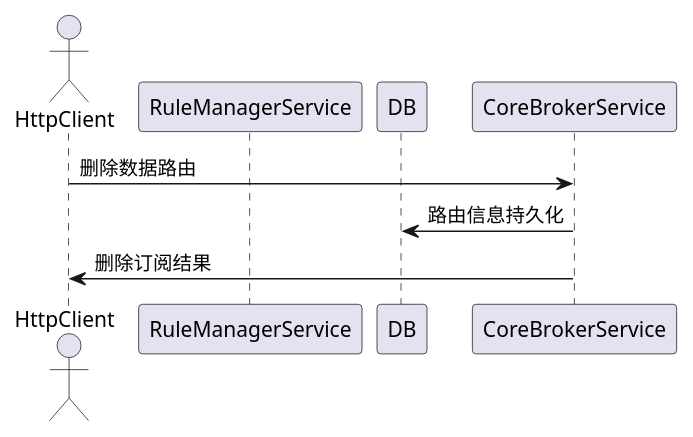
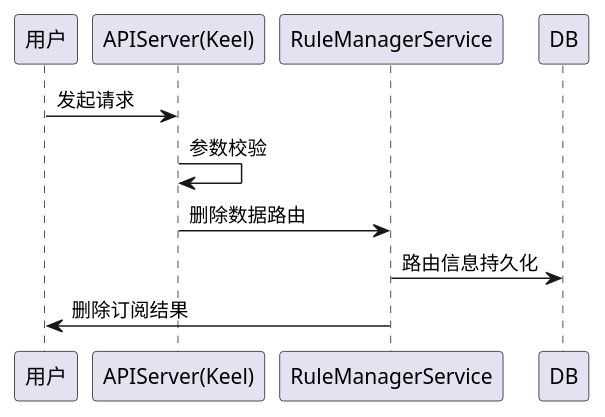
One commit to tkeel-io/docs changed the sixth of 8 diagrams in docs/api/appendix/plantuml/rule_manager.md. Above: the diagram before and after it, drawn with PlantUML. The commit also changed other lines of this file and 2 other files, not shown here.

````diff
--- a/docs/api/appendix/plantuml/rule_manager.md
+++ b/docs/api/appendix/plantuml/rule_manager.md
@@ -85,11 +100,14 @@
 ```plantuml
 @startuml
-actor HttpClient
+participant "用户" as user
+participant "APIServer(Keel)"  as keel
 participant RuleManagerService
 participant DB
 
-HttpClient->CoreBrokerService:删除数据路由
-CoreBrokerService->DB:路由信息持久化
-CoreBrokerService->HttpClient:删除订阅结果
+user->keel: 发起请求
+keel->keel: 参数校验
+keel->RuleManagerService:删除数据路由
+RuleManagerService->DB:路由信息持久化
+RuleManagerService->user:删除订阅结果
 @enduml
 ```
````
